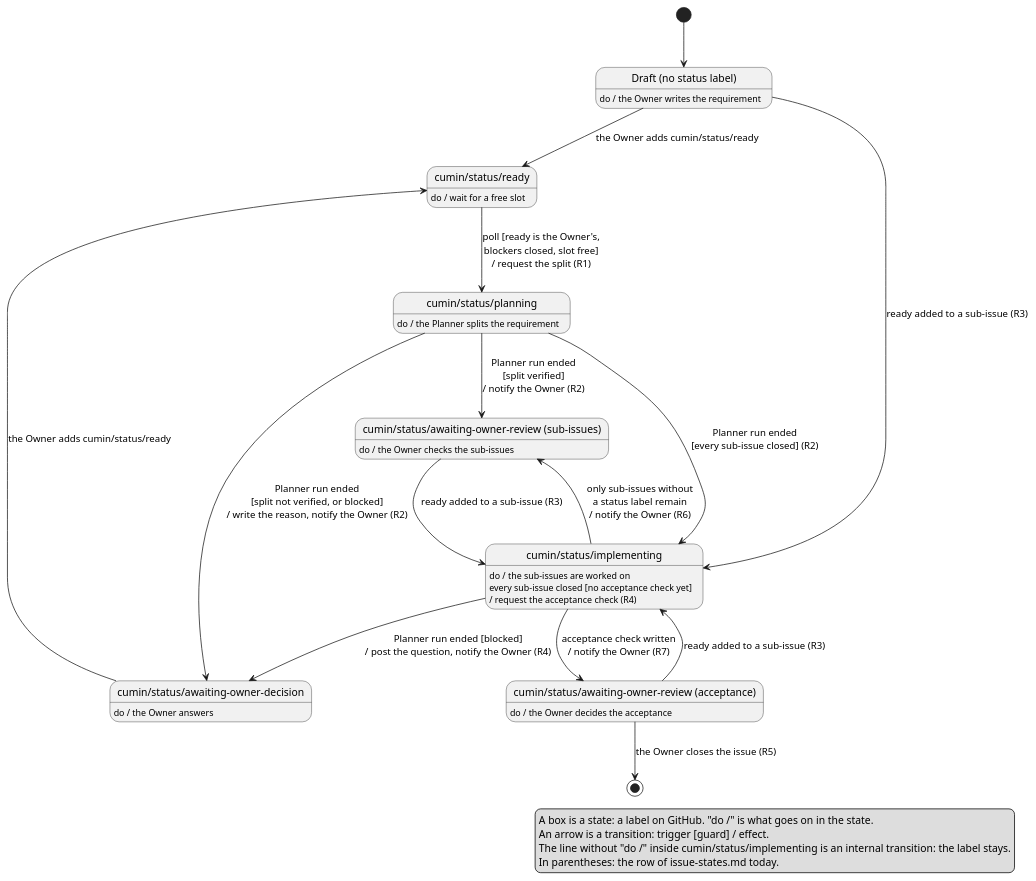
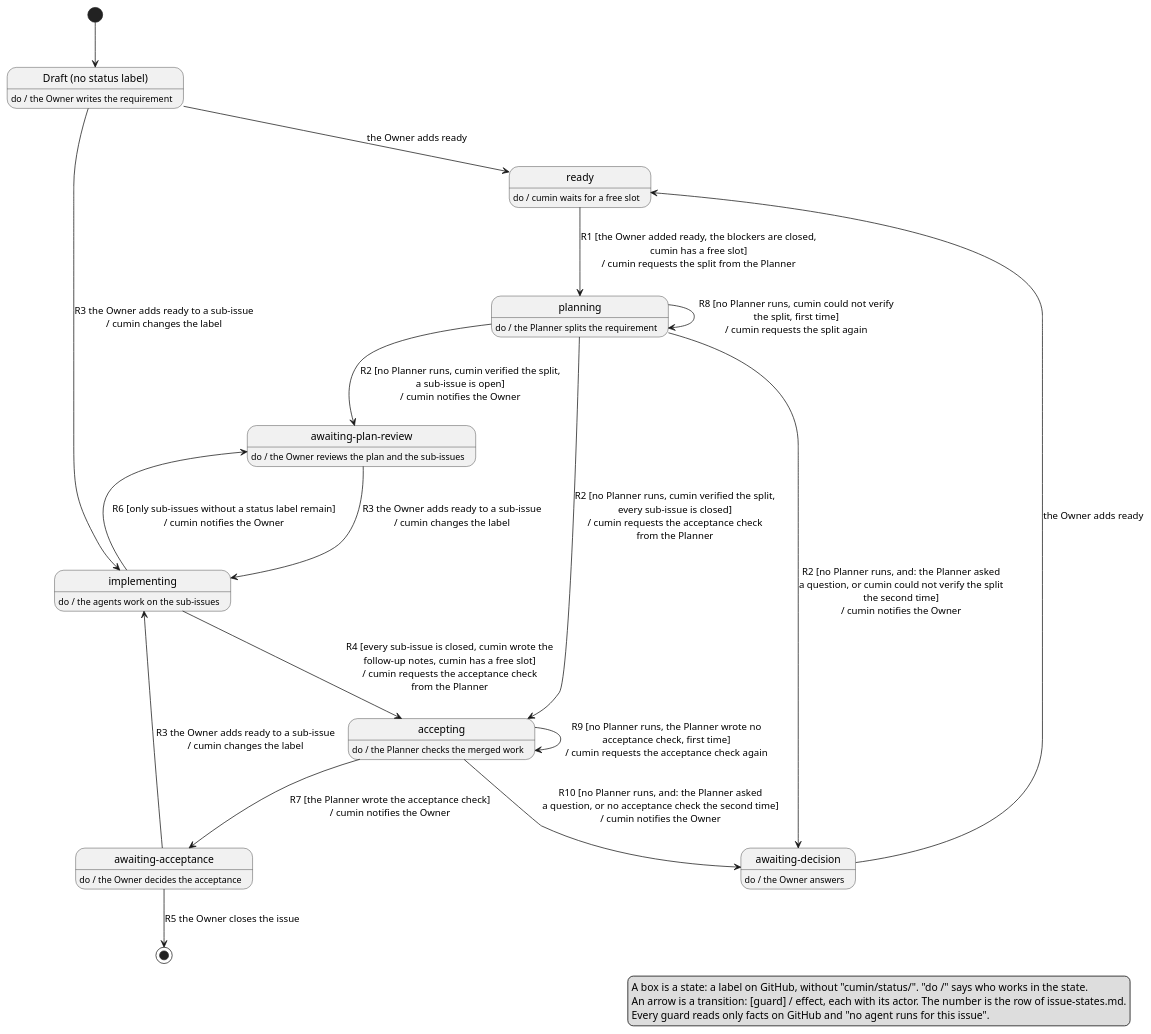
Before and after one commit to cloveclovedev/cumin-works: the diagram in docs/ja/requirements/workflow/requirement-issue-states.puml, drawn with PlantUML. The commit also changed 17 other files, not shown here.

First line of the commit message:
docs(requirements): rewrite the states of an issue as a state machine

```diff
--- a/docs/ja/requirements/workflow/requirement-issue-states.puml
+++ b/docs/ja/requirements/workflow/requirement-issue-states.puml
@@ -1,55 +1,57 @@
 @startuml requirement-issue-states
 ' cumin works - states of a requirement issue.
-' A state is a label on GitHub. "do /" in a state says what goes on while the issue has the label.
-' A transition is written as in UML: trigger [guard] / effect. The row of issue-states.md stands in
-' parentheses at the end.
-' Render: run scripts/render-diagrams.sh at the root of the repository.
+' A state is a label on GitHub, written without "cumin/status/". "do /" says who works in the state.
+' A transition is written: [guard] / effect, with the number of issue-states.md in front.
+' Every guard and effect names who acts. Render: run scripts/render-diagrams.sh at the root of the repository.
 
 hide empty description
 
 state "Draft (no status label)" as Draft
 Draft : do / the Owner writes the requirement
 
-state "cumin/status/ready" as Ready
-Ready : do / wait for a free slot
+state "ready" as Ready
+Ready : do / cumin waits for a free slot
 
-state "cumin/status/planning" as Planning
+state "planning" as Planning
 Planning : do / the Planner splits the requirement
 
-state "cumin/status/awaiting-owner-review (sub-issues)" as PlanReview
-PlanReview : do / the Owner checks the sub-issues
+state "awaiting-plan-review" as PlanReview
+PlanReview : do / the Owner reviews the plan and the sub-issues
 
-state "cumin/status/implementing" as Implementing
-Implementing : do / the sub-issues are worked on
-Implementing : every sub-issue closed [no acceptance check yet]
-Implementing :   / request the acceptance check (R4)
+state "implementing" as Implementing
+Implementing : do / the agents work on the sub-issues
 
-state "cumin/status/awaiting-owner-review (acceptance)" as Acceptance
+state "accepting" as Accepting
+Accepting : do / the Planner checks the merged work
+
+state "awaiting-acceptance" as Acceptance
 Acceptance : do / the Owner decides the acceptance
 
-state "cumin/status/awaiting-owner-decision" as Decision
+state "awaiting-decision" as Decision
 Decision : do / the Owner answers
 
 [*] --> Draft
-Draft --> Ready : the Owner adds cumin/status/ready
-Draft --> Implementing : ready added to a sub-issue (R3)
-Ready --> Planning : poll [ready is the Owner's,\nblockers closed, slot free]\n/ request the split (R1)
-Planning --> PlanReview : Planner run ended\n[split verified]\n/ notify the Owner (R2)
-Planning --> Implementing : Planner run ended\n[every sub-issue closed] (R2)
-Planning --> Decision : Planner run ended\n[split not verified, or blocked]\n/ write the reason, notify the Owner (R2)
-PlanReview --> Implementing : ready added to a sub-issue (R3)
-Implementing --> Acceptance : acceptance check written\n/ notify the Owner (R7)
-Implementing --> Decision : Planner run ended [blocked]\n/ post the question, notify the Owner (R4)
-Implementing --> PlanReview : only sub-issues without\na status label remain\n/ notify the Owner (R6)
-Acceptance --> Implementing : ready added to a sub-issue (R3)
-Acceptance --> [*] : the Owner closes the issue (R5)
-Decision --> Ready : the Owner adds cumin/status/ready
+Draft --> Ready : the Owner adds ready
+Draft --> Implementing : R3 the Owner adds ready to a sub-issue\n/ cumin changes the label
+Ready --> Planning : R1 [the Owner added ready, the blockers are closed,\ncumin has a free slot]\n/ cumin requests the split from the Planner
+Planning --> PlanReview : R2 [no Planner runs, cumin verified the split,\na sub-issue is open]\n/ cumin notifies the Owner
+Planning --> Accepting : R2 [no Planner runs, cumin verified the split,\nevery sub-issue is closed]\n/ cumin requests the acceptance check\nfrom the Planner
+Planning --> Planning : R8 [no Planner runs, cumin could not verify\nthe split, first time]\n/ cumin requests the split again
+Planning --> Decision : R2 [no Planner runs, and: the Planner asked\na question, or cumin could not verify the split\nthe second time]\n/ cumin notifies the Owner
+PlanReview --> Implementing : R3 the Owner adds ready to a sub-issue\n/ cumin changes the label
+Implementing --> Accepting : R4 [every sub-issue is closed, cumin wrote the\nfollow-up notes, cumin has a free slot]\n/ cumin requests the acceptance check\nfrom the Planner
+Implementing --> PlanReview : R6 [only sub-issues without a status label remain]\n/ cumin notifies the Owner
+Accepting --> Acceptance : R7 [the Planner wrote the acceptance check]\n/ cumin notifies the Owner
+Accepting --> Accepting : R9 [no Planner runs, the Planner wrote no\nacceptance check, first time]\n/ cumin requests the acceptance check again
+Accepting --> Decision : R10 [no Planner runs, and: the Planner asked\na question, or no acceptance check the second time]\n/ cumin notifies the Owner
+Acceptance --> Implementing : R3 the Owner adds ready to a sub-issue\n/ cumin changes the label
+Acceptance --> [*] : R5 the Owner closes the issue
+Decision --> Ready : the Owner adds ready
 
 legend right
-  A box is a state: a label on GitHub. "do /" is what goes on in the state.
-  An arrow is a transition: trigger [guard] / effect.
-  The line without "do /" inside cumin/status/implementing is an internal transition: the label stays.
-  In parentheses: the row of issue-states.md today.
+  A box is a state: a label on GitHub, without "cumin/status/". "do /" says who works in the state.
+  An arrow is a transition: [guard] / effect, each with its actor. The number is the row of issue-states.md.
+  Every guard reads only facts on GitHub and "no agent runs for this issue".
 endlegend
 
 @enduml
```
